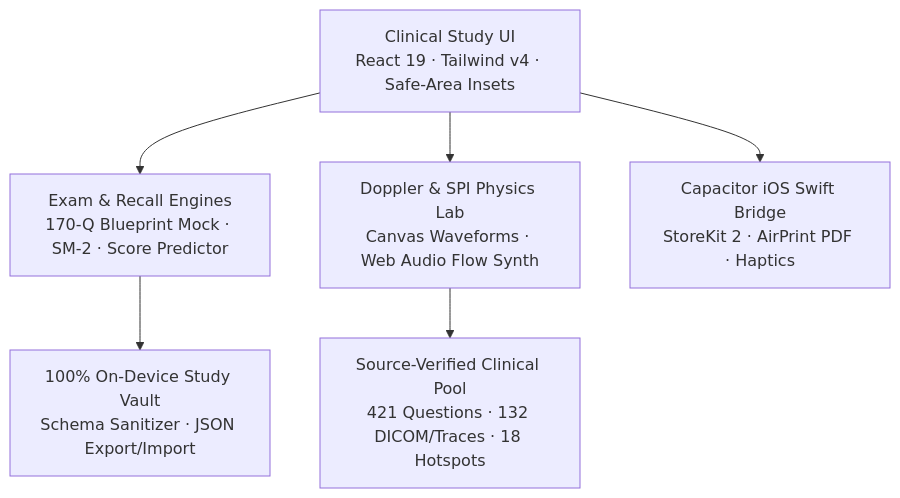
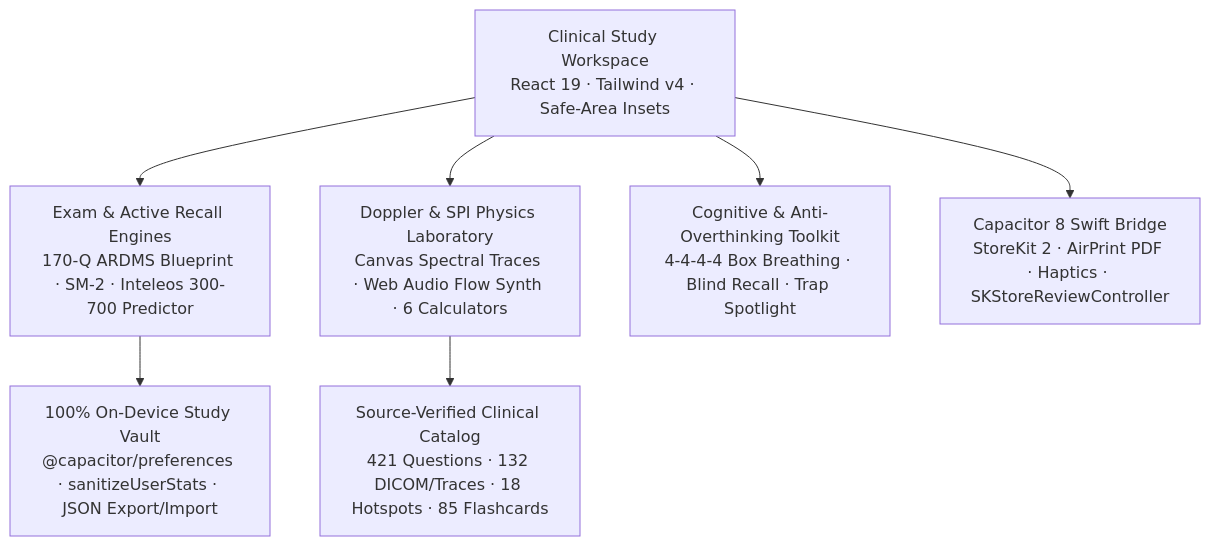
Before and after one commit to jhathcock-sys/Public-Showcase: the diagram in 01_Products/SonoPrep-iOS.md, drawn with Mermaid. The commit also changed other lines of this file and 20 other files, not shown here.

Commit message:
docs: expand showcase to 18-chapter engineering book & 7-part AI systems architecture

````diff
--- a/01_Products/SonoPrep-iOS.md
+++ b/01_Products/SonoPrep-iOS.md
@@ -23,8 +27,10 @@
 ```mermaid
-flowchart TD
-    UI["Clinical Study UI\nReact 19 · Tailwind v4 · Safe-Area Insets"] --> Engine["Exam & Recall Engines\n170-Q Blueprint Mock · SM-2 · Score Predictor"]
-    UI --> Lab["Doppler & SPI Physics Lab\nCanvas Waveforms · Web Audio Flow Synth"]
-    Engine --> Vault["100% On-Device Study Vault\nSchema Sanitizer · JSON Export/Import"]
-    Lab --> Bank["Source-Verified Clinical Pool\n421 Questions · 132 DICOM/Traces · 18 Hotspots"]
-    UI --> Native["Capacitor iOS Swift Bridge\nStoreKit 2 · AirPrint PDF · Haptics"]
+flowchart TB
+    UI["Clinical Study Workspace\nReact 19 · Tailwind v4 · Safe-Area Insets"] --> Sim["Exam & Active Recall Engines\n170-Q ARDMS Blueprint · SM-2 · Inteleos 300-700 Predictor"]
+    UI --> Lab["Doppler & SPI Physics Laboratory\nCanvas Spectral Traces · Web Audio Flow Synth · 6 Calculators"]
+    UI --> Anxiety["Cognitive & Anti-Overthinking Toolkit\n4-4-4-4 Box Breathing · Blind Recall · Trap Spotlight"]
+
+    Sim --> Vault["100% On-Device Study Vault\n@capacitor/preferences · sanitizeUserStats · JSON Export/Import"]
+    Lab --> Bank["Source-Verified Clinical Catalog\n421 Questions · 132 DICOM/Traces · 18 Hotspots · 85 Flashcards"]
+    UI --> Native["Capacitor 8 Swift Bridge\nStoreKit 2 · AirPrint PDF · Haptics · SKStoreReviewController"]
 ```
````
